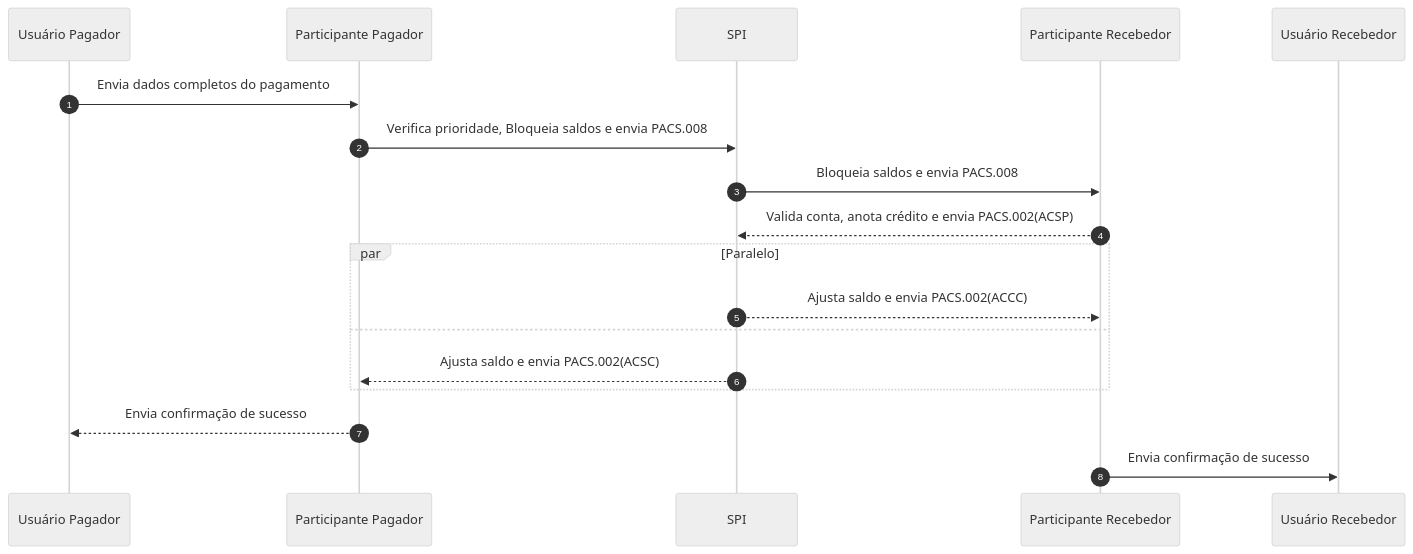
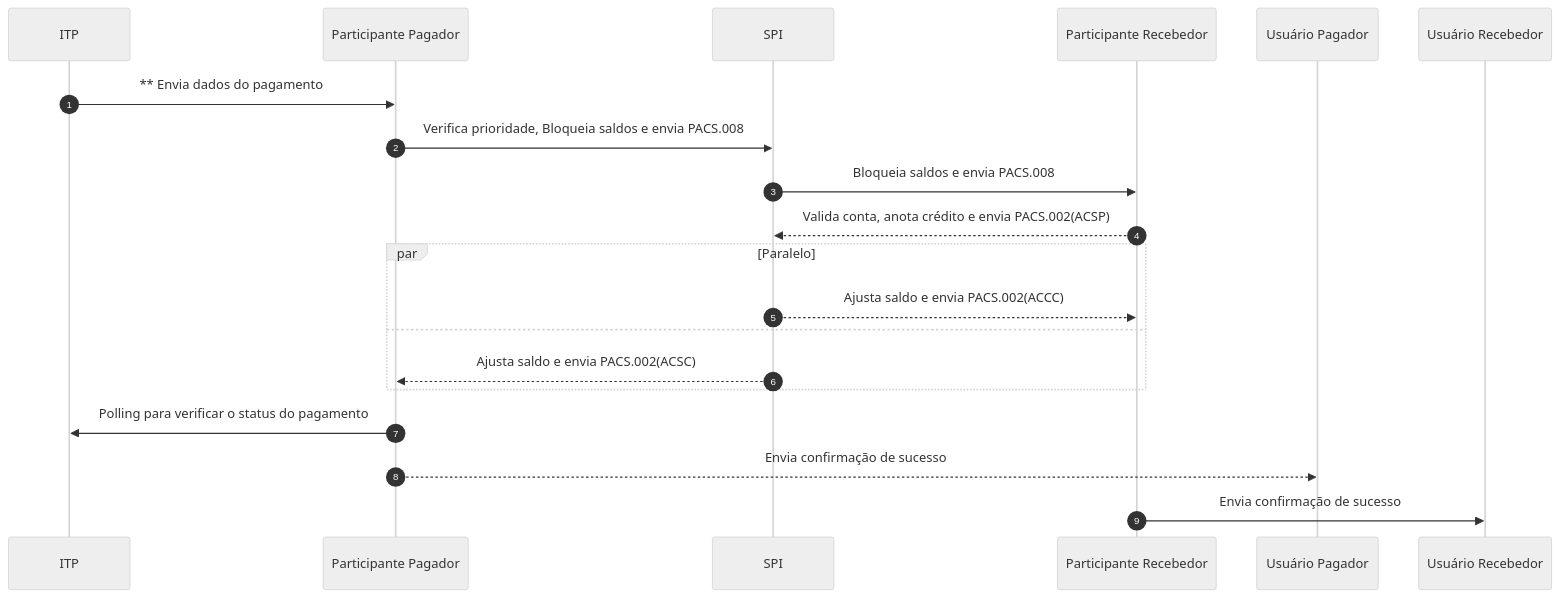
One commit to guilhermedecampo/pix-spi-scenarios changed the diagram in docs/fluxo-sucesso/iniciacao-via-iniciador-de-pagamentos.md. Above: the diagram before and after it, drawn with Mermaid (neutral theme). The commit also changed other lines of this file, not shown here.

Commit message:
add itp on diagrams

````diff
--- a/docs/fluxo-sucesso/iniciacao-via-iniciador-de-pagamentos.md
+++ b/docs/fluxo-sucesso/iniciacao-via-iniciador-de-pagamentos.md
@@ -37,15 +37,16 @@
 ```mermaid
 sequenceDiagram
 autonumber
-Usuário Pagador->>Participante Pagador: Envia dados completos do pagamento
+ITP->>Participante Pagador:** Envia dados do pagamento
 Participante Pagador->>SPI: Verifica prioridade, Bloqueia saldos e envia PACS.008
 SPI->>Participante Recebedor: Bloqueia saldos e envia PACS.008
 Participante Recebedor-->>SPI: Valida conta, anota crédito e envia PACS.002(ACSP)
 par Paralelo
     SPI-->>Participante Recebedor: Ajusta saldo e envia PACS.002(ACCC)
 and
     SPI-->>Participante Pagador: Ajusta saldo e envia PACS.002(ACSC)
 end
+Participante Pagador->>ITP: Polling para verificar o status do pagamento
 Participante Pagador-->>Usuário Pagador: Envia confirmação de sucesso
 Participante Recebedor->>Usuário Recebedor: Envia confirmação de sucesso
 ```
````
